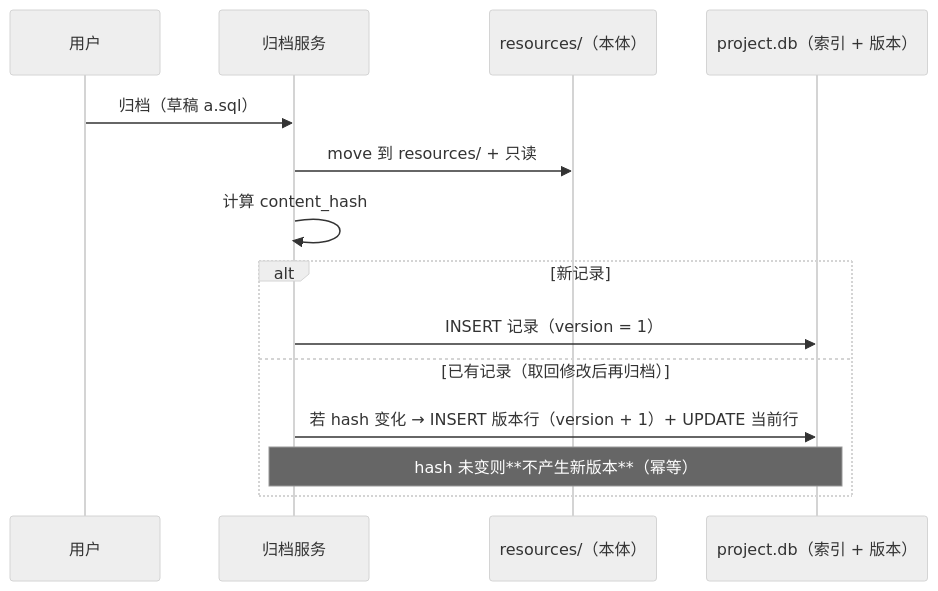
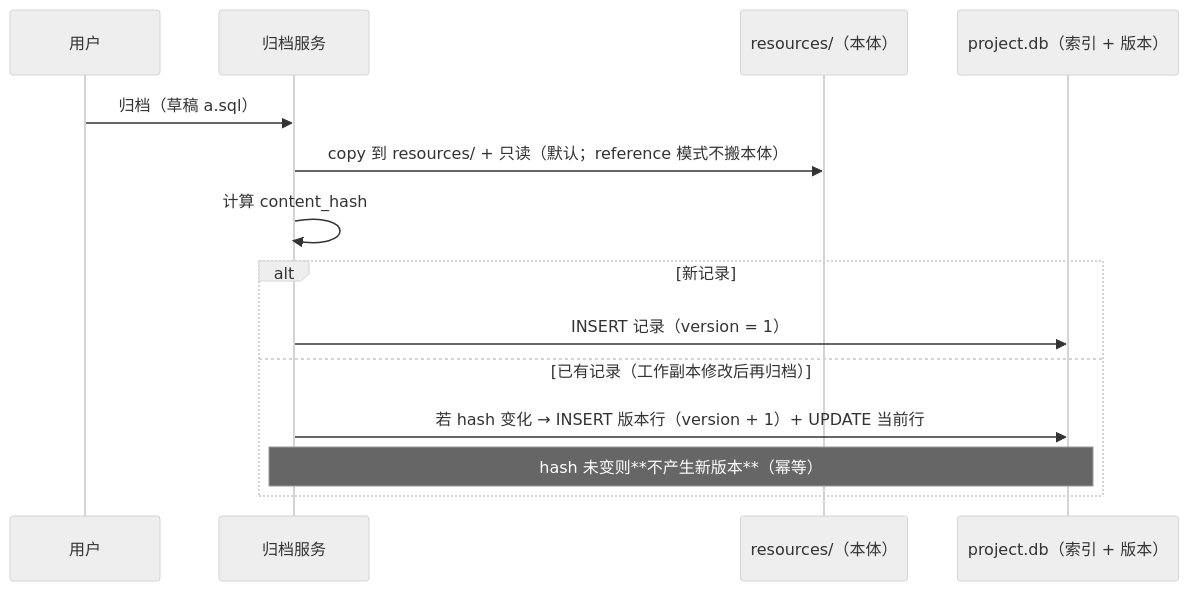
Before and after one commit to ling-love-xin/RdataStation-v2: the second of 3 diagrams in docs/architecture/analytics_resource/analytics-resource-architecture.md, drawn with Mermaid (neutral theme). The commit also changed other lines of this file and 2 other files, not shown here.

First line of the commit message:
docs(analytics_resource): M6 裁决落档——两档粒度/动词/洞察双视图/版本=内容+体积+元数据

````diff
--- a/docs/architecture/analytics_resource/analytics-resource-architecture.md
+++ b/docs/architecture/analytics_resource/analytics-resource-architecture.md
@@ -192,17 +194,17 @@
 ```mermaid
 sequenceDiagram
     participant U as 用户
     participant S as 归档服务
     participant FS as resources/（本体）
     participant DB as project.db（索引 + 版本）
 
     U->>S: 归档（草稿 a.sql）
-    S->>FS: move 到 resources/ + 只读
+    S->>FS: copy 到 resources/ + 只读（默认；reference 模式不搬本体）
     S->>S: 计算 content_hash
     alt 新记录
         S->>DB: INSERT 记录（version = 1）
-    else 已有记录（取回修改后再归档）
+    else 已有记录（工作副本修改后再归档）
         S->>DB: 若 hash 变化 → INSERT 版本行（version + 1）+ UPDATE 当前行
         Note over S,DB: hash 未变则**不产生新版本**（幂等）
     end
 ```
````
